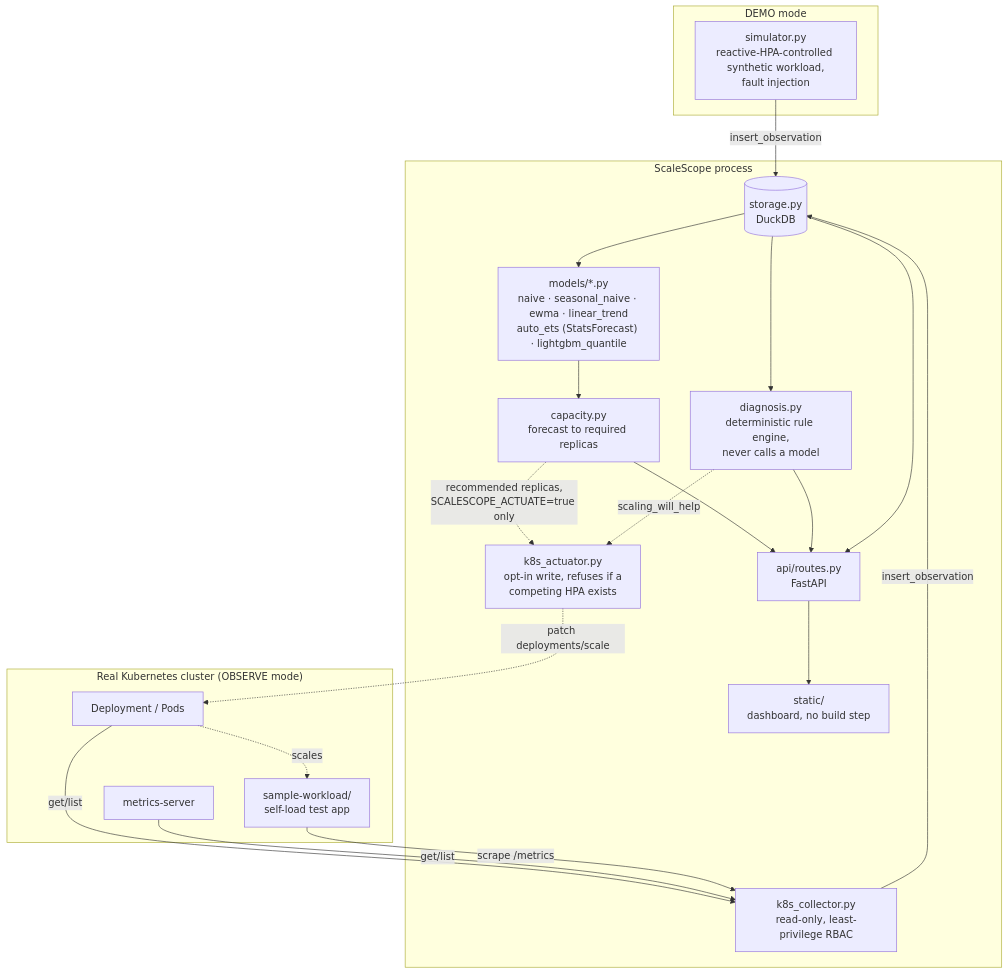
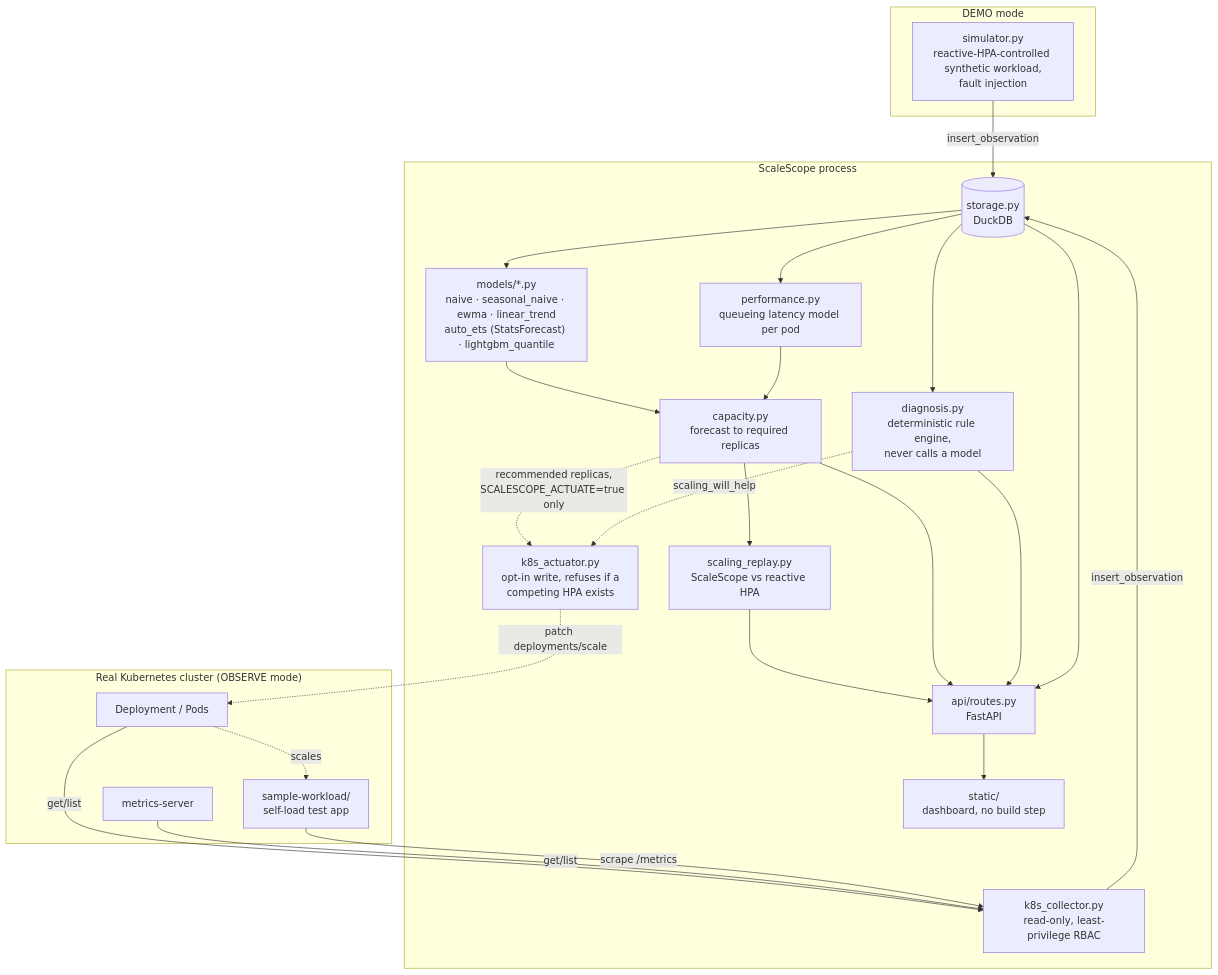
The first of 6 diagrams in README.md (jsawyerdev/scalescope), drawn with Mermaid before and after one commit. The commit also changed other lines of this file and 23 other files, not shown here.

First line of the commit message:
Size pods from a fitted queueing latency model; add scaling replay

````diff
--- a/README.md
+++ b/README.md
@@ -156,42 +161,48 @@
 ```mermaid
 flowchart TB
     subgraph DEMO["DEMO mode"]
         SIM["simulator.py<br/>reactive-HPA-controlled synthetic workload,<br/>fault injection"]
     end
 
     subgraph CLUSTER["Real Kubernetes cluster (OBSERVE mode)"]
         DEPLOY["Deployment / Pods"]
         METRICSRV["metrics-server"]
         WORKLOAD["sample-workload/<br/>self-load test app"]
         DEPLOY -.->|scales| WORKLOAD
     end
 
     subgraph SCALESCOPE["ScaleScope process"]
         COLLECTOR["k8s_collector.py<br/>read-only, least-privilege RBAC"]
         ACTUATOR["k8s_actuator.py<br/>opt-in write, refuses if a<br/>competing HPA exists"]
         STORE[("storage.py<br/>DuckDB")]
         MODELS["models/*.py<br/>naive · seasonal_naive · ewma · linear_trend<br/>auto_ets (StatsForecast) · lightgbm_quantile"]
+        PERF["performance.py<br/>queueing latency model per pod"]
         CAPACITY["capacity.py<br/>forecast to required replicas"]
+        REPLAY["scaling_replay.py<br/>ScaleScope vs reactive HPA"]
         DIAGNOSIS["diagnosis.py<br/>deterministic rule engine,<br/>never calls a model"]
         API["api/routes.py<br/>FastAPI"]
         UI["static/<br/>dashboard, no build step"]
     end
 
     SIM -->|insert_observation| STORE
     DEPLOY -->|get/list| COLLECTOR
     METRICSRV -->|get/list| COLLECTOR
     WORKLOAD -->|scrape /metrics| COLLECTOR
     COLLECTOR -->|insert_observation| STORE
 
     STORE --> MODELS
+    STORE --> PERF
     STORE --> DIAGNOSIS
     MODELS --> CAPACITY
+    PERF --> CAPACITY
+    CAPACITY --> REPLAY
+    REPLAY --> API
     CAPACITY --> API
     DIAGNOSIS --> API
     STORE --> API
     API --> UI
 
     CAPACITY -.->|recommended replicas,<br/>SCALESCOPE_ACTUATE=true only| ACTUATOR
     DIAGNOSIS -.->|scaling_will_help| ACTUATOR
     ACTUATOR -.->|patch deployments/scale| DEPLOY
 ```
````
